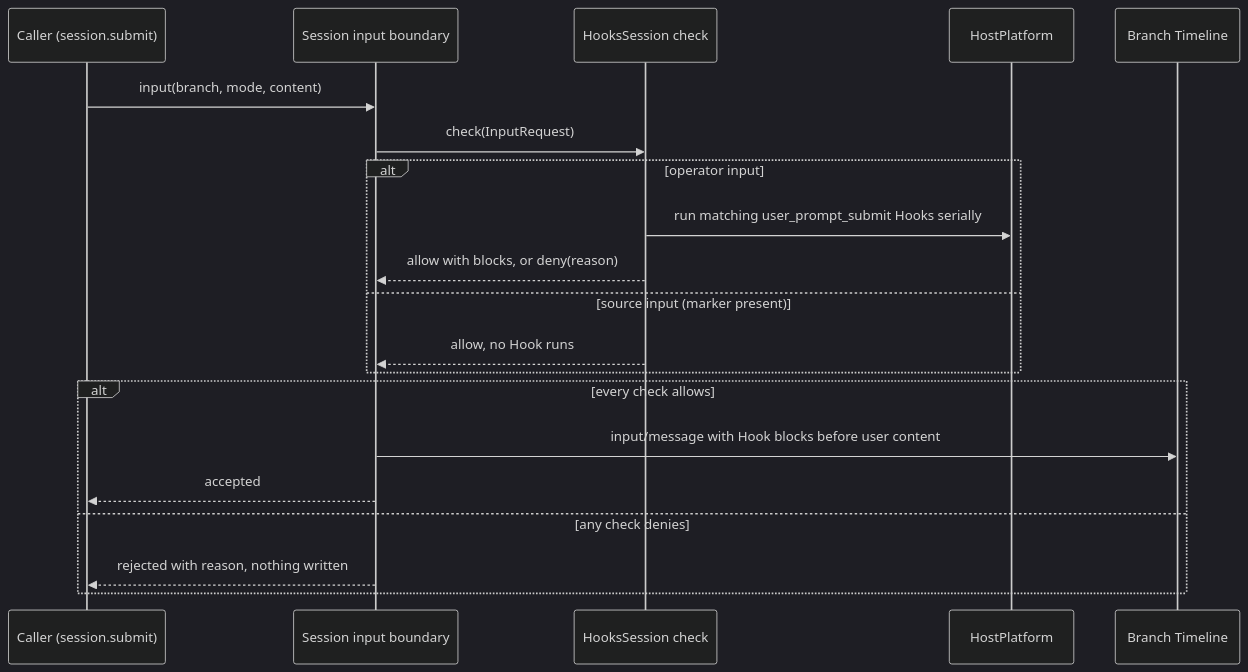
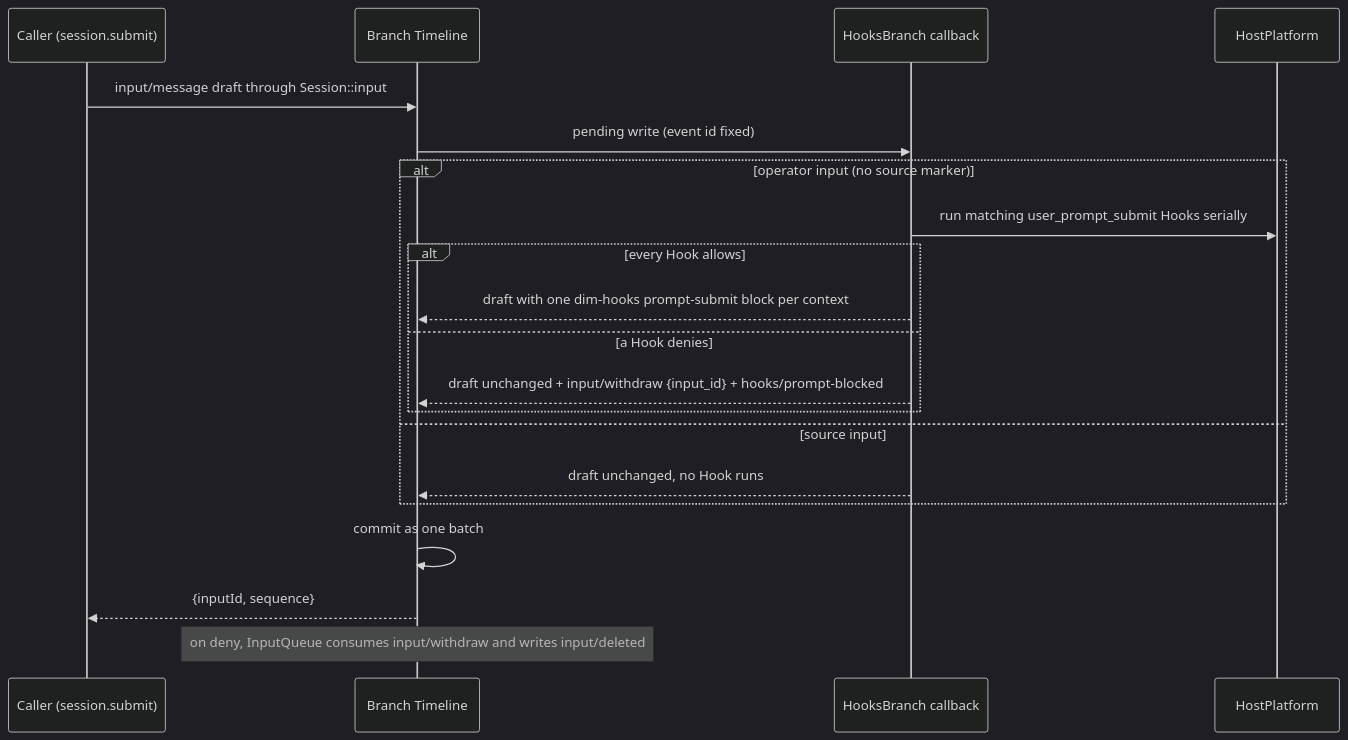
The fourth of 7 diagrams in docs/design/plugins/Hooks.md (CoutinhoTTS/dim-agent), drawn with Mermaid (dark theme) before and after one commit. The commit also changed other lines of this file and 18 other files, not shown here.

First line of the commit message:
docs(design): hooks via asynchronous before callbacks and withdraw/delete input events

````diff
--- a/docs/design/plugins/Hooks.md
+++ b/docs/design/plugins/Hooks.md
@@ -95,22 +101,22 @@
 ```mermaid
 sequenceDiagram
   participant C as Caller (session.submit)
-  participant SI as Session input boundary
-  participant HS as HooksSession check
+  participant TL as Branch Timeline
+  participant HB as HooksBranch callback
   participant HP as HostPlatform
-  participant TL as Branch Timeline
-  C->>SI: input(branch, mode, content)
-  SI->>HS: check(InputRequest)
-  alt operator input
-    HS->>HP: run matching user_prompt_submit Hooks serially
-    HS-->>SI: allow with blocks, or deny(reason)
-  else source input (marker present)
-    HS-->>SI: allow, no Hook runs
+  C->>TL: input/message draft through Session::input
+  TL->>HB: pending write (event id fixed)
+  alt operator input (no source marker)
+    HB->>HP: run matching user_prompt_submit Hooks serially
+    alt every Hook allows
+      HB-->>TL: draft with one dim-hooks prompt-submit block per context
+    else a Hook denies
+      HB-->>TL: draft unchanged + input/withdraw {input_id} + hooks/prompt-blocked
+    end
+  else source input
+    HB-->>TL: draft unchanged, no Hook runs
   end
-  alt every check allows
-    SI->>TL: input/message with Hook blocks before user content
-    SI-->>C: accepted
-  else any check denies
-    SI-->>C: rejected with reason, nothing written
-  end
+  TL->>TL: commit as one batch
+  TL-->>C: {inputId, sequence}
+  Note over TL: on deny, InputQueue consumes input/withdraw and writes input/deleted
 ```
````
